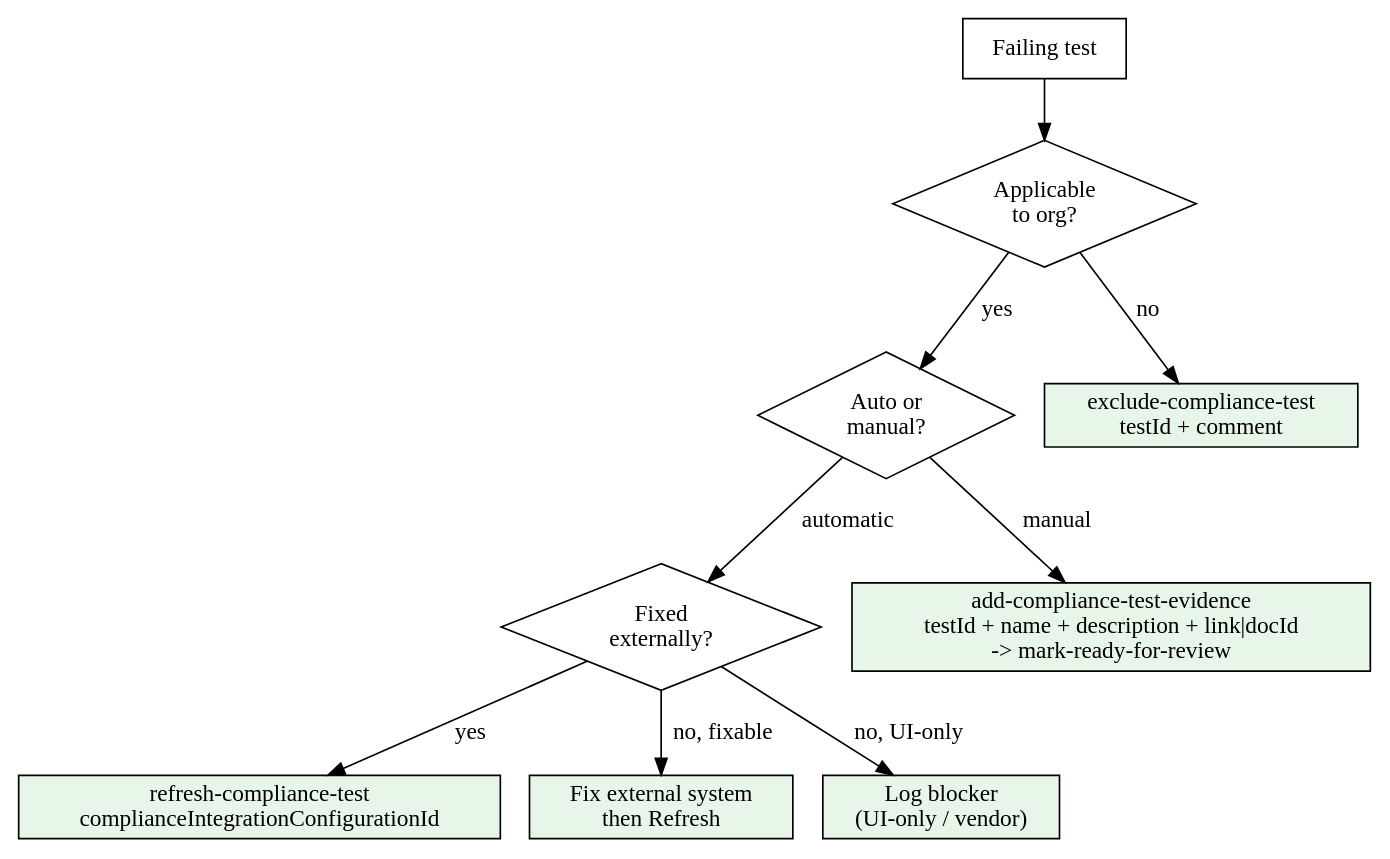
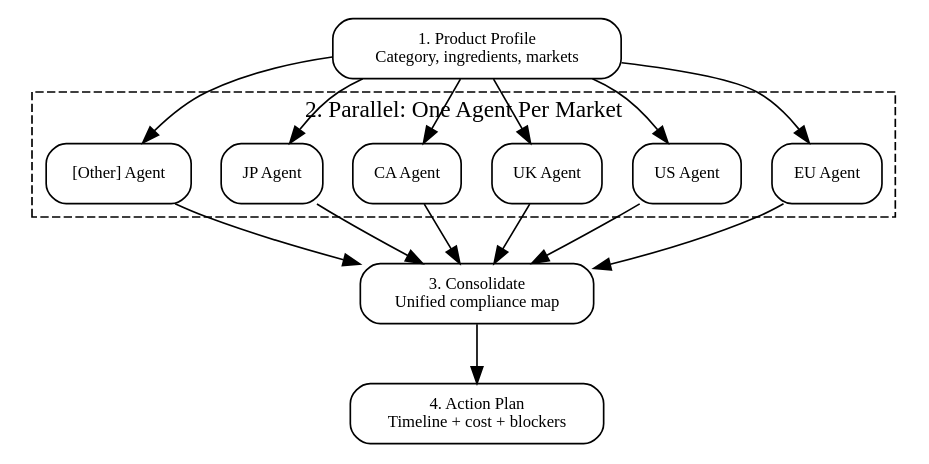
One commit to Cleo-Labs-IA/skills_library changed the diagram in skills/compliance-audit-sprint/SKILL.md. Above: the diagram before and after it, drawn with Graphviz. The commit also changed other lines of this file and 20 other files, not shown here.

First line of the commit message:
Comply v2.0 — All-in-one for physical product companies

````diff
--- a/skills/compliance-audit-sprint/SKILL.md
+++ b/skills/compliance-audit-sprint/SKILL.md
@@ -16,24 +20,17 @@
 ```dot
 digraph {
-  rankdir=TB
-  node [shape=diamond]
-  Start [shape=box label="Failing test"]
-  App [label="Applicable\nto org?"]
-  Type [label="Auto or\nmanual?"]
-  Fixed [label="Fixed\nexternally?"]
-  node [shape=box style=filled fillcolor="#e8f5e9"]
-  Exclude [label="exclude-compliance-test\ntestId + comment"]
-  Refresh [label="refresh-compliance-test\ncomplianceIntegrationConfigurationId"]
-  Ev [label="add-compliance-test-evidence\ntestId + name + description + link|docId\n-> mark-ready-for-review"]
-  Fix [label="Fix external system\nthen Refresh"]
-  Blocked [label="Log blocker\n(UI-only / vendor)"]
-  Start -> App
-  App -> Exclude [label="no"]
-  App -> Type [label="yes"]
-  Type -> Fixed [label="automatic"]
-  Type -> Ev [label="manual"]
-  Fixed -> Refresh [label="yes"]
-  Fixed -> Fix [label="no, fixable"]
-  Fixed -> Blocked [label="no, UI-only"]
+  rankdir=TB; node [shape=box style=rounded fontsize=10];
+  profile [label="1. Product Profile\nCategory, ingredients, markets"];
+  subgraph cluster_markets {
+    label="2. Parallel: One Agent Per Market"; style=dashed;
+    eu [label="EU Agent"]; us [label="US Agent"]; uk [label="UK Agent"];
+    ca [label="CA Agent"]; jp [label="JP Agent"]; other [label="[Other] Agent"];
+  }
+  consolidate [label="3. Consolidate\nUnified compliance map"];
+  action [label="4. Action Plan\nTimeline + cost + blockers"];
+  profile -> eu; profile -> us; profile -> uk; profile -> ca; profile -> jp; profile -> other;
+  eu -> consolidate; us -> consolidate; uk -> consolidate;
+  ca -> consolidate; jp -> consolidate; other -> consolidate;
+  consolidate -> action;
 }
 ```
````
